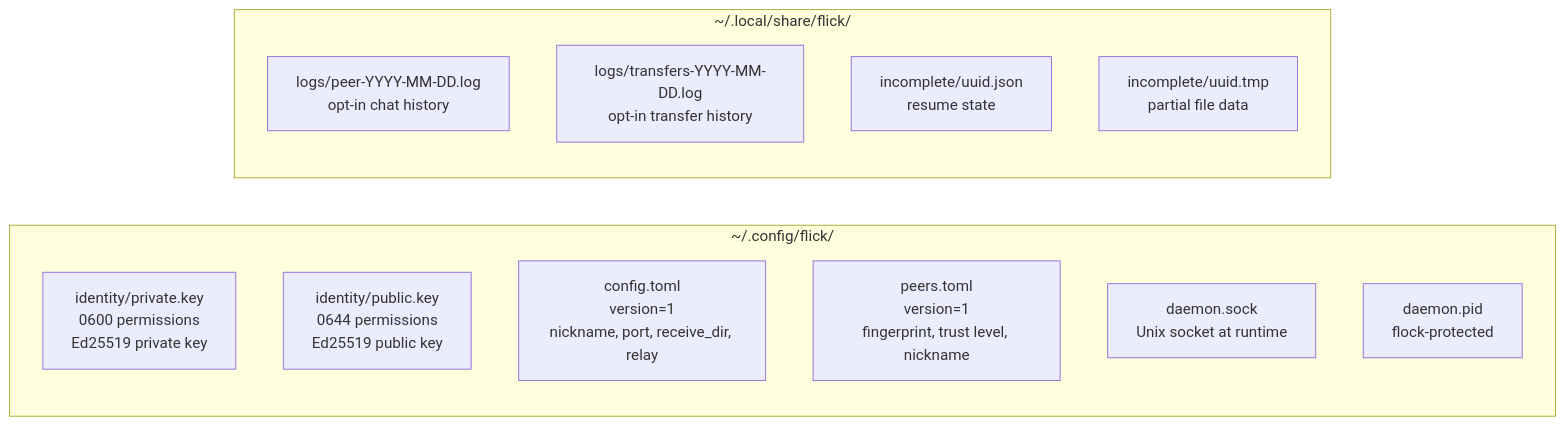
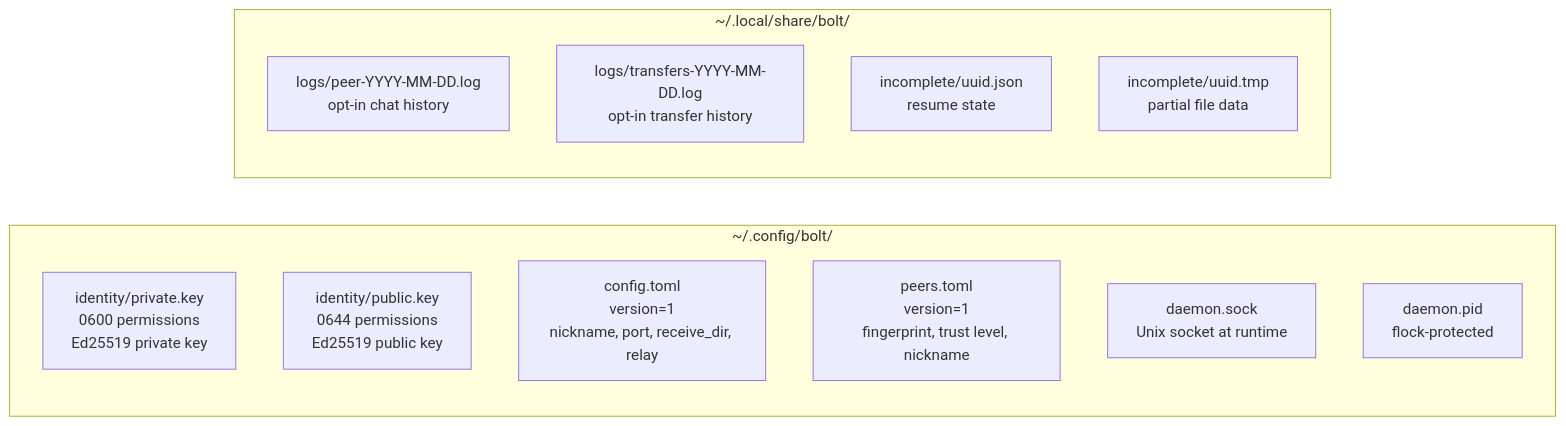
One commit to g-savitha/bolt changed the fifth of 6 diagrams in architecture.md. Above: the diagram before and after it, drawn with Mermaid. The commit also changed other lines of this file and 19 other files, not shown here.

Commit message:
chore: rename flick → bolt across repo

````diff
--- a/architecture.md
+++ b/architecture.md
@@ -170,18 +170,18 @@
 ```mermaid
 graph LR
-    subgraph config ["~/.config/flick/"]
+    subgraph config ["~/.config/bolt/"]
         PK["identity/private.key\n0600 permissions\nEd25519 private key"]
         PUB["identity/public.key\n0644 permissions\nEd25519 public key"]
         CONF["config.toml\nversion=1\nnickname, port, receive_dir, relay"]
         PEERS["peers.toml\nversion=1\nfingerprint, trust level, nickname"]
         DSOCK["daemon.sock\nUnix socket at runtime"]
         DPID["daemon.pid\nflock-protected"]
     end
 
-    subgraph share ["~/.local/share/flick/"]
+    subgraph share ["~/.local/share/bolt/"]
         CHAT["logs/peer-YYYY-MM-DD.log\nopt-in chat history"]
         XFER["logs/transfers-YYYY-MM-DD.log\nopt-in transfer history"]
         INC["incomplete/uuid.json\nresume state"]
         TMP["incomplete/uuid.tmp\npartial file data"]
     end
 ```
````
